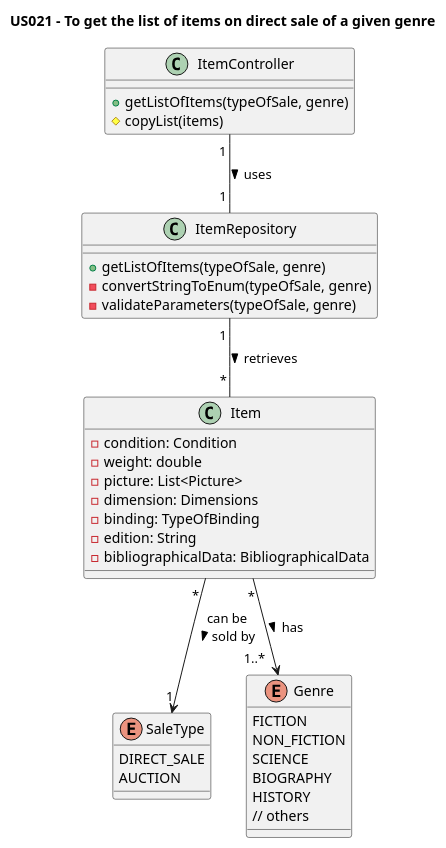
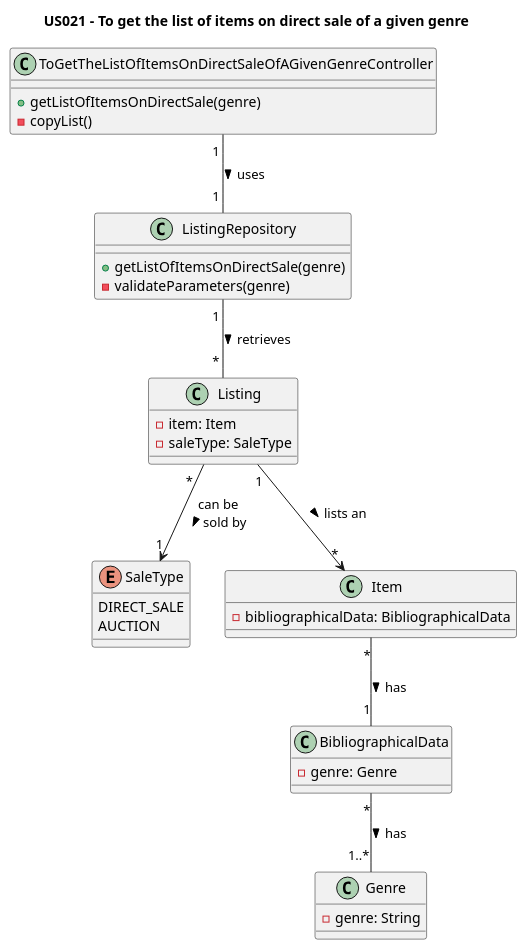
The diagram in Diagrams/ClassDiagrams/US021-to-get-the-list-of-items-on-direct-sale-of-a-given-genre.puml (AndrePereiraGitH/SWitCH-Project-Team_A), drawn with PlantUML before and after one commit. The commit also changed 7 other files, not shown here.

```diff
--- a/Diagrams/ClassDiagrams/US021-to-get-the-list-of-items-on-direct-sale-of-a-given-genre.puml
+++ b/Diagrams/ClassDiagrams/US021-to-get-the-list-of-items-on-direct-sale-of-a-given-genre.puml
@@ -1,46 +1,45 @@
 @startuml
 title US021 - To get the list of items on direct sale of a given genre
 
-class ItemController {
-  +getListOfItems(typeOfSale, genre)
-  #copyList(items)
+class ToGetTheListOfItemsOnDirectSaleOfAGivenGenreController {
+  +getListOfItemsOnDirectSale(genre)
+  -copyList()
 }
 
-class ItemRepository {
-  +getListOfItems(typeOfSale, genre)
-  -convertStringToEnum(typeOfSale, genre)
-  -validateParameters(typeOfSale, genre)
+class ListingRepository{
+  +getListOfItemsOnDirectSale(genre)
+  -validateParameters(genre)
 }
 
-class Item {
-  - condition: Condition
-  - weight: double
-  - picture: List<Picture>
-  - dimension: Dimensions
-  - binding: TypeOfBinding
-  - edition: String
-  - bibliographicalData: BibliographicalData
+class Listing {
+  - item: Item
+  - saleType: SaleType
 }
 
 enum SaleType {
     DIRECT_SALE
     AUCTION
 }
 
-enum Genre {
-    FICTION
-    NON_FICTION
-    SCIENCE
-    BIOGRAPHY
-    HISTORY
-    // others
+class Genre {
+    - genre: String
+}
+
+class Item {
+    - bibliographicalData: BibliographicalData
+}
+
+class BibliographicalData {
+    - genre: Genre
 }
 
 ' Interactions
 
-ItemController  "1 " -- "1 " ItemRepository : uses >
-ItemRepository "1 " -- " * " Item : retrieves >
-Item "                                *" --> "1" SaleType : can be\nsold by >
-Item "*"--> "1..*   " Genre : has >
+ToGetTheListOfItemsOnDirectSaleOfAGivenGenreController  "1 " -- "1 " ListingRepository : uses >
+ListingRepository "1 " -- " * " Listing : retrieves >
+Listing "                                *" --> "1" SaleType : can be\nsold by >
+Listing "1"--> "*" Item : lists an >
+Item "*" -- "1" BibliographicalData: has >
+BibliographicalData "*" -- "1..*" Genre: has >
 
 @enduml
```
